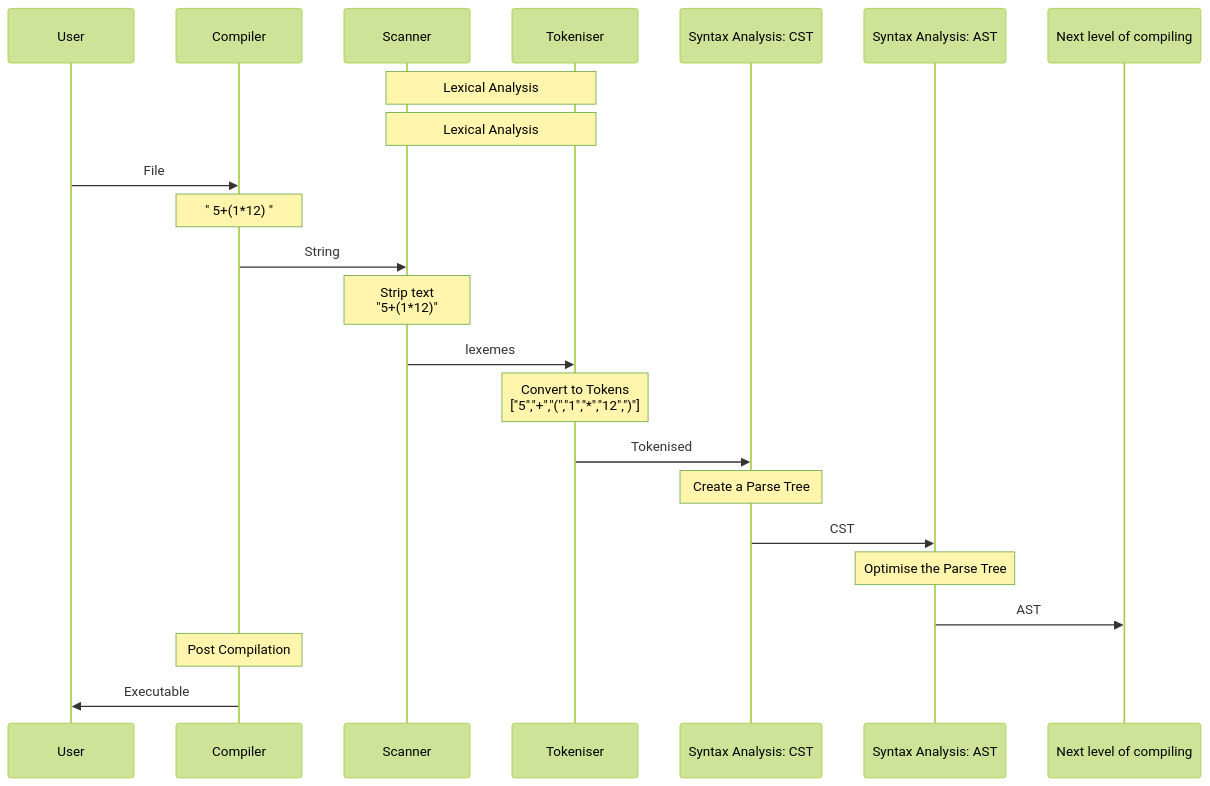
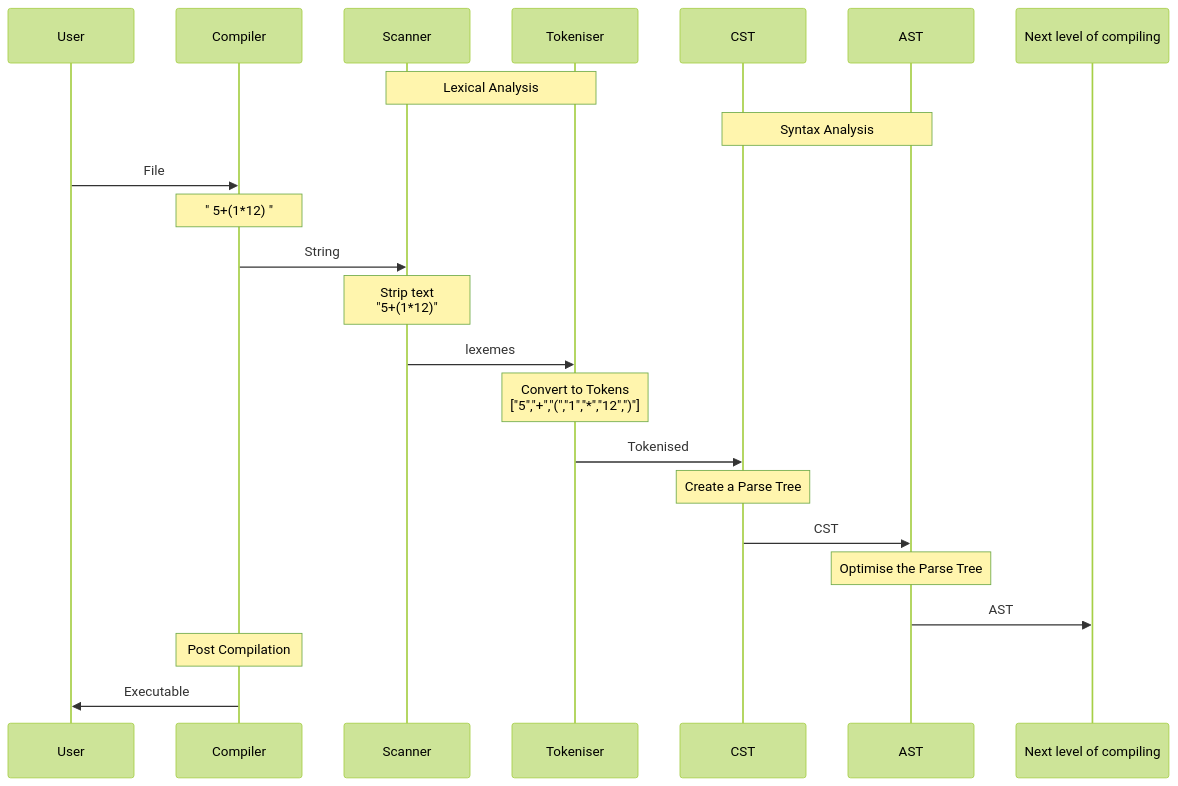
Before and after one commit to trshant-sugoi/stackedit: the diagram in drafts/2019-02-25-Compiler-I-AST.md, drawn with Mermaid (forest theme). The commit also changed other lines of this file, not shown here.

Commit message:
drafts/2019-02-25-Compiler-I-AST.md updated from https://stackedit.io/

````diff
--- a/drafts/2019-02-25-Compiler-I-AST.md
+++ b/drafts/2019-02-25-Compiler-I-AST.md
@@ -18,25 +18,25 @@
 ```mermaid
 sequenceDiagram
 participant U as User  
 participant C as Compiler   
 participant S as Scanner
 participant T as Tokeniser   
-participant SA1 as Syntax Analysis: CST
-participant SA2 as Syntax Analysis: AST 
+participant SA1 as CST
+participant SA2 as AST 
 
 Note over S,T: Lexical Analysis
-Note over S,T: Lexical Analysis
+Note over SA1,SA2: Syntax Analysis
 U ->> C  : File  
 Note over C: " 5+(1*12) "
 C ->> S  : String
 Note over S: Strip text <br/>"5+(1*12)"
 S ->> T  : lexemes  
 Note over T: Convert to Tokens<br/>["5","+","(","1","*","12",")"]
 T ->> SA1 : Tokenised   
 Note over SA1: Create a Parse Tree
 SA1  ->> SA2 : CST
 Note over SA2: Optimise the Parse Tree
 SA2  ->> Next level of compiling: AST 
 Note over C: Post Compilation
 C ->> U: Executable  
 ```  
````
